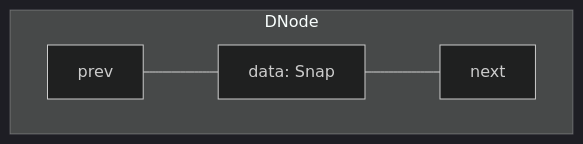
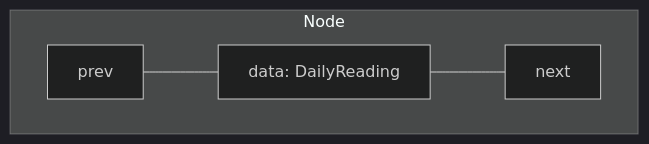
Before and after one commit to qgjones9/python-programming-guide: the third of 10 diagrams in docs/dsa/data-structures/doubly-linked-list/index.md, drawn with Mermaid (dark theme). The commit also changed other lines of this file and 6 other files, not shown here.

````diff
--- a/docs/dsa/data-structures/doubly-linked-list/index.md
+++ b/docs/dsa/data-structures/doubly-linked-list/index.md
@@ -105,10 +96,10 @@
 ```mermaid
 flowchart TB
-  subgraph node["DNode"]
-    D["data: Snap"]
+  subgraph node["Node"]
+    D["data: DailyReading"]
     P["prev"]
     N["next"]
   end
   P --- D
   D --- N
 ```
````
